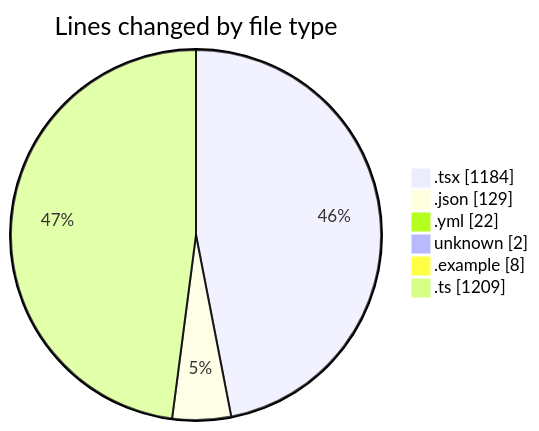
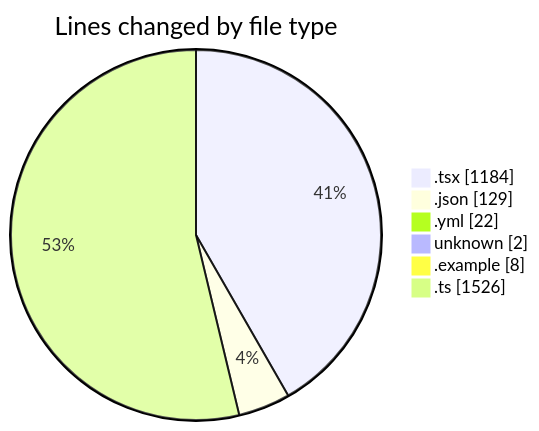
Before and after one commit to julien-gomy/code-tracking: the first of 2 diagrams in 2025-11-21/eventscop-frontend-guide__workspace_/README.md, drawn with Mermaid. The commit also changed other lines of this file and 1 other file, not shown here.

````diff
--- a/2025-11-21/eventscop-frontend-guide__workspace_/README.md
+++ b/2025-11-21/eventscop-frontend-guide__workspace_/README.md
@@ -44,10 +45,10 @@
 ```mermaid
 pie showData
 title Lines changed by file type
 ".tsx" : 1184
 ".json" : 129
 ".yml" : 22
 "unknown" : 2
 ".example" : 8
-".ts" : 1209
+".ts" : 1526
 ```
````
